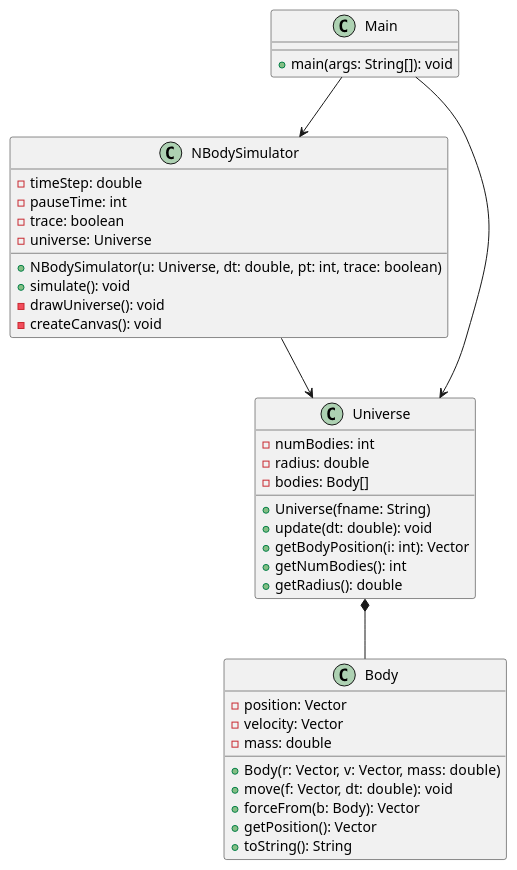
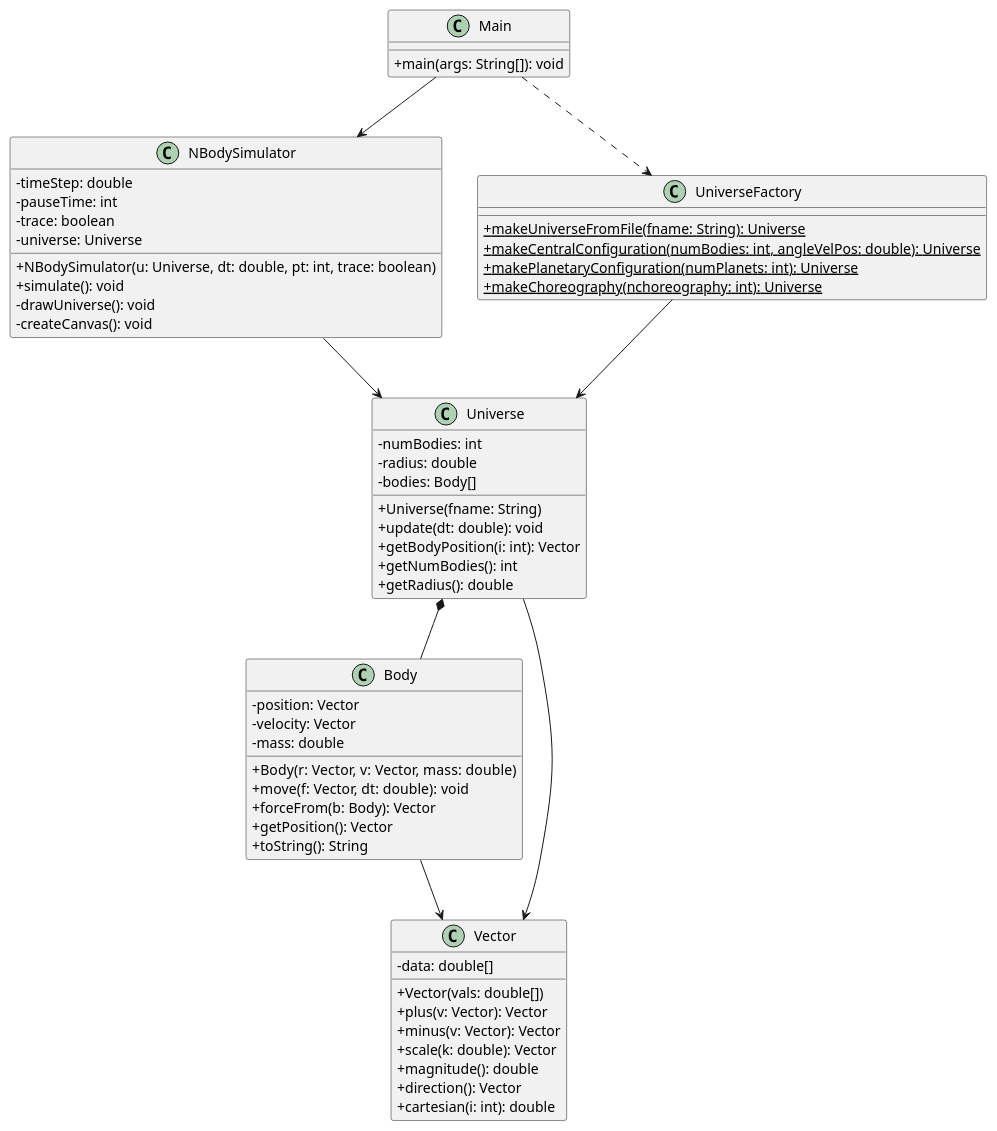
The diagram in src/Class.puml (1670166YoussefR/nbody_Entrega), drawn with PlantUML before and after one commit.

Commit message:
Codigo PlantUML con Extension 1

```diff
--- a/src/Class.puml
+++ b/src/Class.puml
@@ -1,43 +1,66 @@
 @startuml
+skinparam classAttributeIconSize 0
+
 class Main {
   + main(args: String[]): void
 }
 
 class NBodySimulator {
   - timeStep: double
   - pauseTime: int
   - trace: boolean
   - universe: Universe
   + NBodySimulator(u: Universe, dt: double, pt: int, trace: boolean)
   + simulate(): void
   - drawUniverse(): void
   - createCanvas(): void
 }
 
 class Universe {
   - numBodies: int
   - radius: double
   - bodies: Body[]
   + Universe(fname: String)
   + update(dt: double): void
   + getBodyPosition(i: int): Vector
   + getNumBodies(): int
   + getRadius(): double
 }
 
 class Body {
   - position: Vector
   - velocity: Vector
   - mass: double
   + Body(r: Vector, v: Vector, mass: double)
   + move(f: Vector, dt: double): void
   + forceFrom(b: Body): Vector
   + getPosition(): Vector
   + toString(): String
 }
 
-Main --> Universe
+class Vector {
+  - data: double[]
+  + Vector(vals: double[])
+  + plus(v: Vector): Vector
+  + minus(v: Vector): Vector
+  + scale(k: double): Vector
+  + magnitude(): double
+  + direction(): Vector
+  + cartesian(i: int): double
+}
+
+class UniverseFactory {
+  {static} + makeUniverseFromFile(fname: String): Universe
+  {static} + makeCentralConfiguration(numBodies: int, angleVelPos: double): Universe
+  {static} + makePlanetaryConfiguration(numPlanets: int): Universe
+  {static} + makeChoreography(nchoreography: int): Universe
+}
+
 Main --> NBodySimulator
+Main ..> UniverseFactory
+UniverseFactory --> Universe
 NBodySimulator --> Universe
 Universe *-- Body
+Body --> Vector
+Universe --> Vector
 @enduml
```
